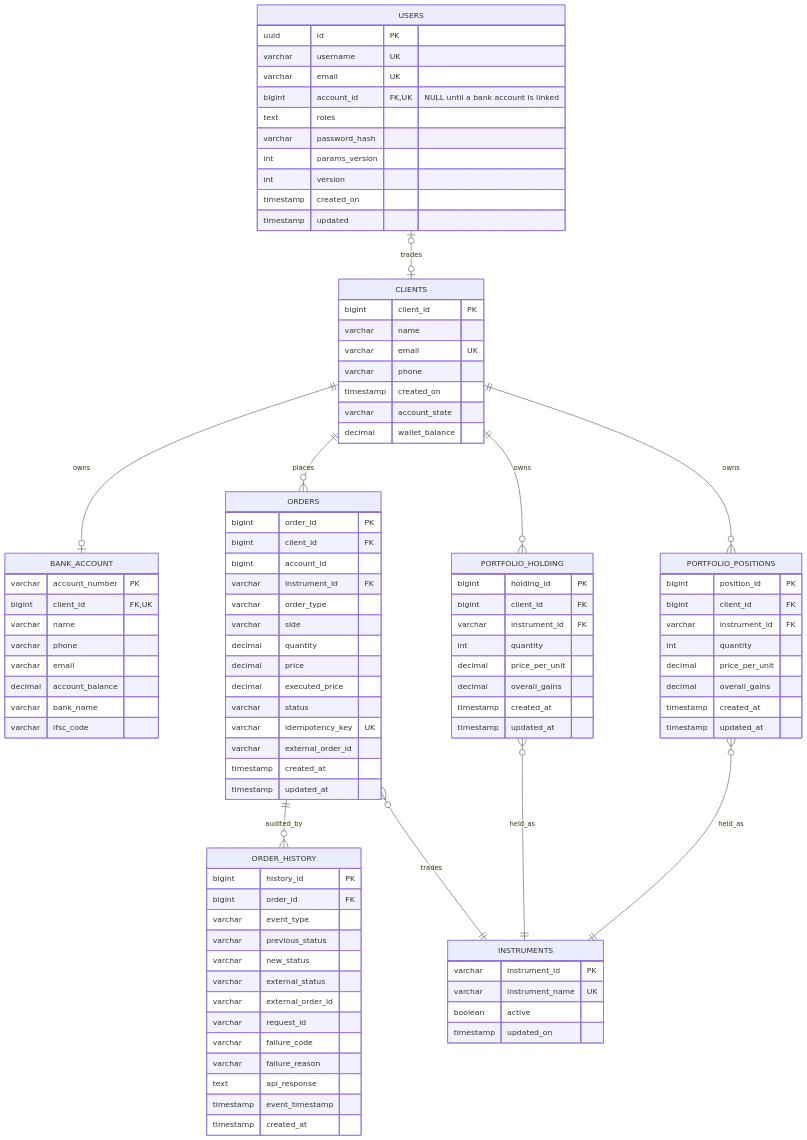
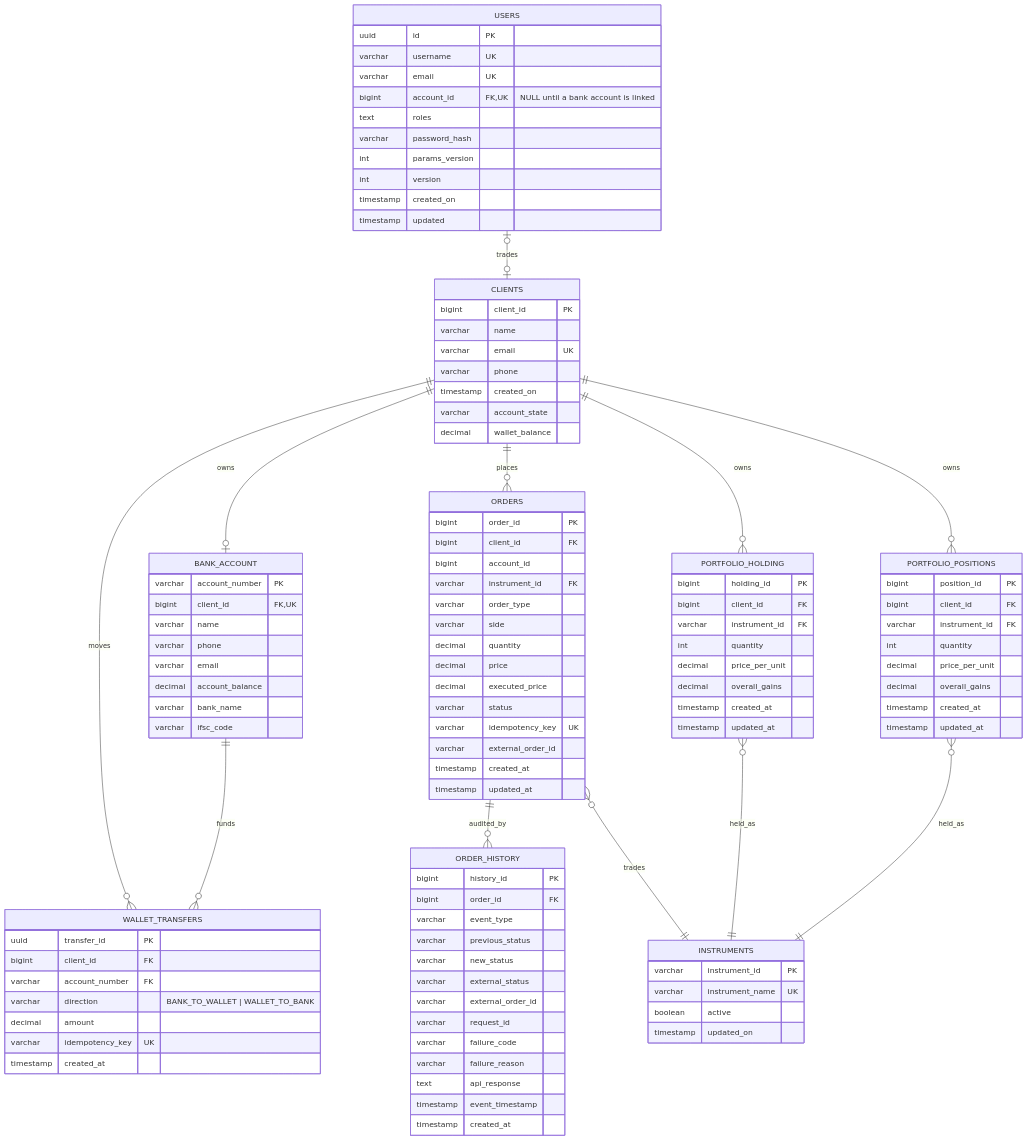
Before and after one commit to Neueda-Learning/Chennai-capstone-SE3-Team1: the diagram in docs/erd.mmd, drawn with Mermaid. The commit also changed 40 other files, not shown here.

```diff
--- a/docs/erd.mmd
+++ b/docs/erd.mmd
@@ -1,99 +1,110 @@
 erDiagram
     BANK_ACCOUNT {
         varchar   account_number  PK
         bigint    client_id       FK,UK
         varchar   name
         varchar   phone
         varchar   email
         decimal   account_balance
         varchar   bank_name
         varchar   ifsc_code
     }
     CLIENTS {
         bigint    client_id       PK
         varchar   name
         varchar   email           UK
         varchar   phone
         timestamp created_on
         varchar   account_state
         decimal   wallet_balance
+    }
+    WALLET_TRANSFERS {
+        uuid      transfer_id     PK
+        bigint    client_id       FK
+        varchar   account_number  FK
+        varchar   direction       "BANK_TO_WALLET | WALLET_TO_BANK"
+        decimal   amount
+        varchar   idempotency_key UK
+        timestamp created_at
     }
     USERS {
         uuid      id              PK
         varchar   username        UK
         varchar   email           UK
         bigint    account_id      FK,UK "NULL until a bank account is linked"
         text      roles
         varchar   password_hash
         int       params_version
         int       version
         timestamp created_on
         timestamp updated
     }
     INSTRUMENTS {
         varchar   instrument_id   PK
         varchar   instrument_name UK
         boolean   active
         timestamp updated_on
     }
     ORDERS {
         bigint    order_id          PK
         bigint    client_id         FK
         bigint    account_id
         varchar   instrument_id     FK
         varchar   order_type
         varchar   side
         decimal   quantity
         decimal   price
         decimal   executed_price
         varchar   status
         varchar   idempotency_key   UK
         varchar   external_order_id
         timestamp created_at
         timestamp updated_at
     }
     ORDER_HISTORY {
         bigint    history_id        PK
         bigint    order_id          FK
         varchar   event_type
         varchar   previous_status
         varchar   new_status
         varchar   external_status
         varchar   external_order_id
         varchar   request_id
         varchar   failure_code
         varchar   failure_reason
         text      api_response
         timestamp event_timestamp
         timestamp created_at
     }
     PORTFOLIO_HOLDING {
         bigint    holding_id      PK
         bigint    client_id       FK
         varchar   instrument_id   FK
         int       quantity
         decimal   price_per_unit
         decimal   overall_gains
         timestamp created_at
         timestamp updated_at
     }
     PORTFOLIO_POSITIONS {
         bigint    position_id     PK
         bigint    client_id       FK
         varchar   instrument_id   FK
         int       quantity
         decimal   price_per_unit
         decimal   overall_gains
         timestamp created_at
         timestamp updated_at
     }
 
     CLIENTS              ||--o| BANK_ACCOUNT        : owns
     USERS                |o--o| CLIENTS             : trades
+    CLIENTS              ||--o{ WALLET_TRANSFERS    : moves
+    BANK_ACCOUNT         ||--o{ WALLET_TRANSFERS    : funds
     CLIENTS              ||--o{ ORDERS              : places
     ORDERS               ||--o{ ORDER_HISTORY       : audited_by
     ORDERS               }o--|| INSTRUMENTS         : trades
     CLIENTS              ||--o{ PORTFOLIO_HOLDING   : owns
     CLIENTS              ||--o{ PORTFOLIO_POSITIONS : owns
     PORTFOLIO_HOLDING    }o--|| INSTRUMENTS         : held_as
     PORTFOLIO_POSITIONS  }o--|| INSTRUMENTS         : held_as
```
